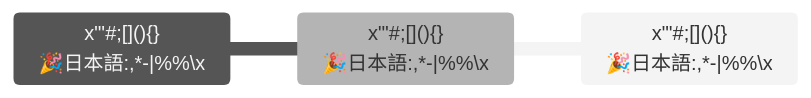
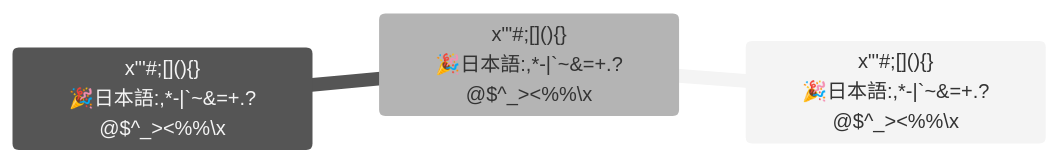
Before and after one commit to nao1215/markdown: the diagram in doc/edgecase/mindmap.md, drawn with Mermaid (neutral theme). The commit also changed other lines of this file and 86 other files, not shown here.

First line of the commit message:
fix(mermaid): escape the labels the extended probe set found unreadable (#188)

````diff
--- a/doc/edgecase/mindmap.md
+++ b/doc/edgecase/mindmap.md
@@ -5,9 +5,9 @@
 ```mermaid
 ---
-title: "title \"'#;[](){}🎉日本語:,*-|%%\\"
+title: "title \"'#;[](){}🎉日本語:,*-|`~&=+.?@$^_><%%\\"
 ---
 mindmap
-    x"'#;#91;]#40;#41;#123;#125;<br/>🎉日本語:,*-|%%\x
-        x"'#;#91;]#40;#41;#123;#125;<br/>🎉日本語:,*-|%%\x
-        x"'#;#91;]#40;#41;#123;#125;<br/>🎉日本語:,*-|%%\x
+    x"'#;#91;]#40;#41;#123;#125;<br/>🎉日本語:,*-|`~&=+.?@$^_><%%\x
+        x"'#;#91;]#40;#41;#123;#125;<br/>🎉日本語:,*-|`~&=+.?@$^_><%%\x
+        x"'#;#91;]#40;#41;#123;#125;<br/>🎉日本語:,*-|`~&=+.?@$^_><%%\x
 ```
````
